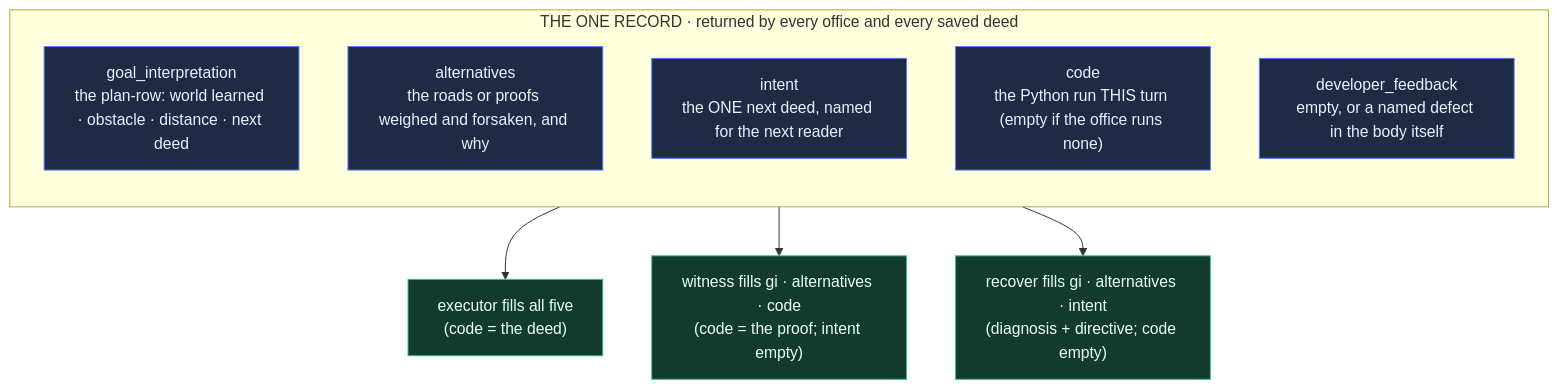
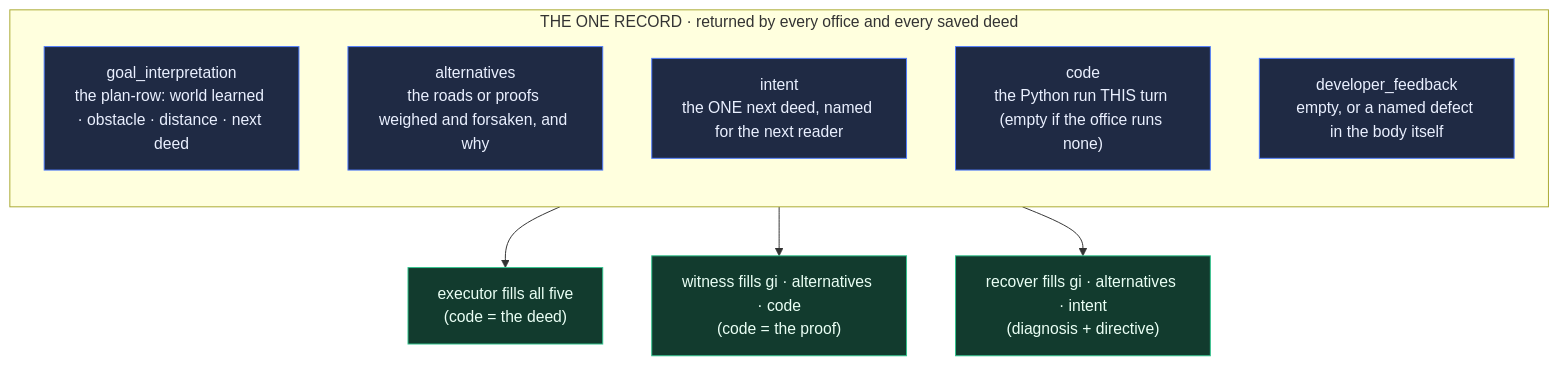
One commit to wgabrys88/endgame-ai changed the fourth of 6 diagrams in README.md. Above: the diagram before and after it, drawn with Mermaid. The commit also changed other lines of this file, not shown here.

````diff
--- a/README.md
+++ b/README.md
@@ -168,22 +205,22 @@
 ```mermaid
 flowchart TB
     subgraph REC["THE ONE RECORD · returned by every office and every saved deed"]
       direction TB
       GI["goal_interpretation<br/>the plan-row: world learned · obstacle · distance · next deed"]
       AL["alternatives<br/>the roads or proofs weighed and forsaken, and why"]
       IN["intent<br/>the ONE next deed, named for the next reader"]
       CO["code<br/>the Python run THIS turn (empty if the office runs none)"]
       DF["developer_feedback<br/>empty, or a named defect in the body itself"]
     end
     E["executor fills all five<br/>(code = the deed)"]
-    W["witness fills gi · alternatives · code<br/>(code = the proof; intent empty)"]
-    R["recover fills gi · alternatives · intent<br/>(diagnosis + directive; code empty)"]
+    W["witness fills gi · alternatives · code<br/>(code = the proof)"]
+    R["recover fills gi · alternatives · intent<br/>(diagnosis + directive)"]
     REC --> E
     REC --> W
     REC --> R
 
     classDef r fill:#1f2a44,stroke:#4f7cff,color:#eaf0ff;
     classDef o fill:#123b2e,stroke:#31c48d,color:#eafff5;
     class GI,AL,IN,CO,DF r;
     class E,W,R o;
 ```
````
